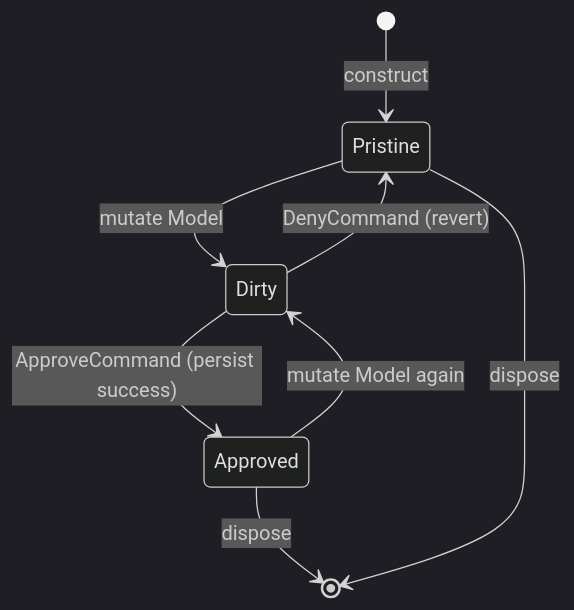
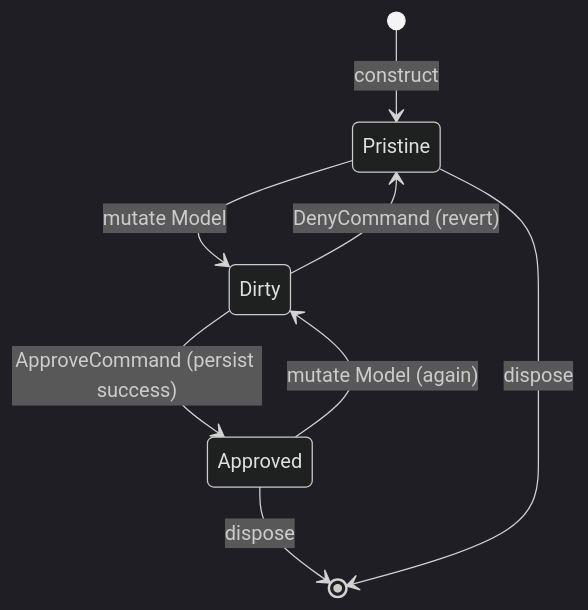
The diagram in spec/20-form-vm.md (thekaveh/VMx), drawn with Mermaid (dark theme) before and after one commit. The commit also changed 8 other files, not shown here.

First line of the commit message:
docs(spec,diag): clarify FormVM state label Approved→Dirty (DA-008)

````diff
--- a/spec/20-form-vm.md
+++ b/spec/20-form-vm.md
@@ -89,10 +89,10 @@
 ```mermaid
 stateDiagram-v2
     [*] --> Pristine : construct
     Pristine --> Dirty : mutate Model
     Dirty --> Approved : ApproveCommand (persist success)
     Dirty --> Pristine : DenyCommand (revert)
-    Approved --> Dirty : mutate Model again
+    Approved --> Dirty : mutate Model (again)
     Approved --> [*] : dispose
     Pristine --> [*] : dispose
 ```
````
